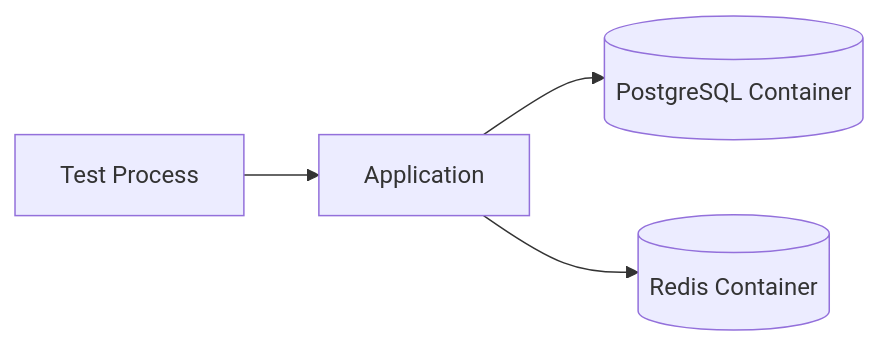
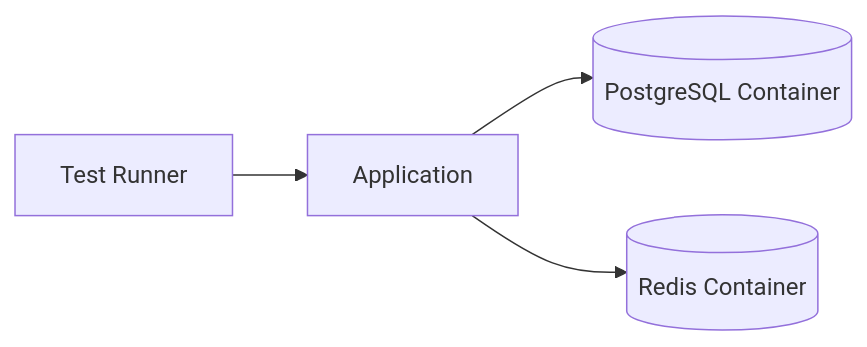
Before and after one commit to AvadhBhalodiya/Interview-Preparation: the fourth of 7 diagrams in src/content/testing/unit-integration-e2e.md, drawn with Mermaid. The commit also changed other lines of this file and 54 other files, not shown here.

````diff
--- a/src/content/testing/unit-integration-e2e.md
+++ b/src/content/testing/unit-integration-e2e.md
@@ -408,11 +230,11 @@
 ```mermaid
 flowchart LR
-    TEST[Test Process]
+    TEST[Test Runner]
     APP[Application]
     DB[(PostgreSQL Container)]
     CACHE[(Redis Container)]
 
     TEST --> APP
     APP --> DB
     APP --> CACHE
 ```
````
